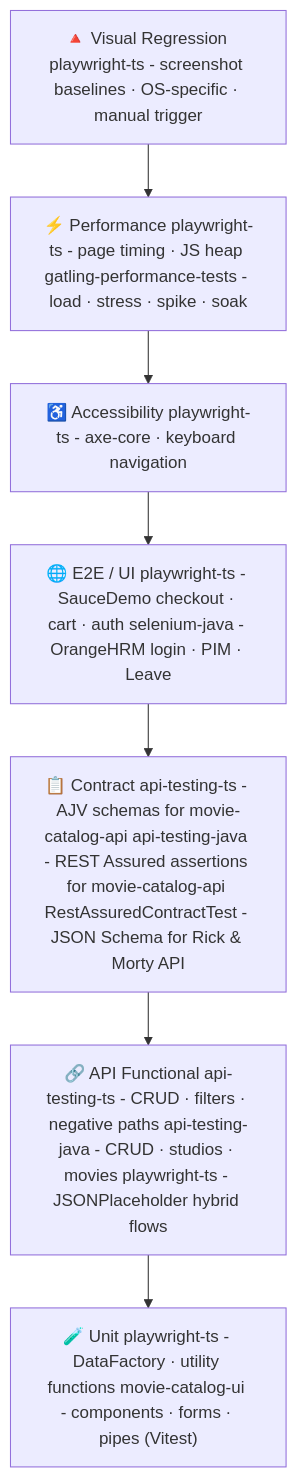
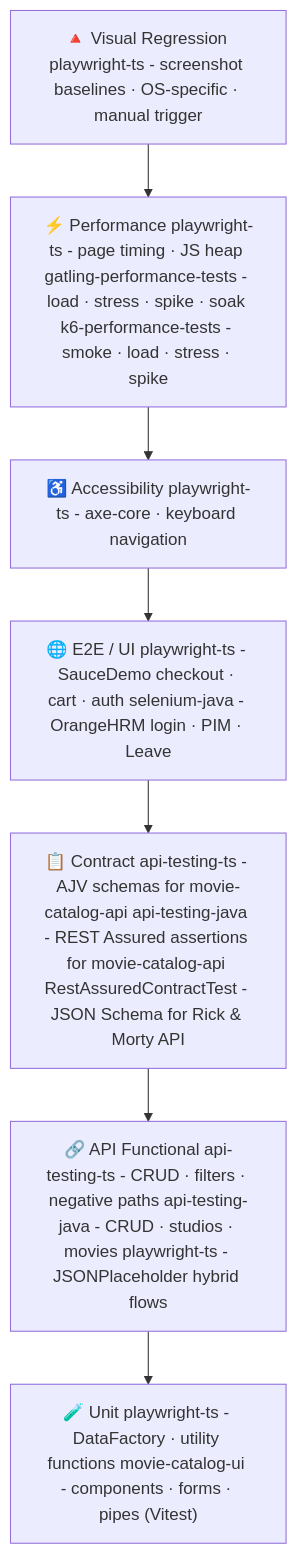
One commit to EnesAkyel/test-strategy changed the diagram in README.md. Above: the diagram before and after it, drawn with Mermaid. The commit also changed other lines of this file and 3 other files, not shown here.

Commit message:
add k6 performance tests project

````diff
--- a/README.md
+++ b/README.md
@@ -33,12 +34,12 @@
 ```mermaid
 flowchart TD
     V["🔺 Visual Regression playwright-ts - screenshot baselines · OS-specific · manual trigger"]
-    P["⚡ Performance playwright-ts - page timing · JS heap gatling-performance-tests - load · stress · spike · soak"]
+    P["⚡ Performance playwright-ts - page timing · JS heap gatling-performance-tests - load · stress · spike · soak k6-performance-tests - smoke · load · stress · spike"]
     A["♿ Accessibility playwright-ts - axe-core · keyboard navigation"]
     E["🌐 E2E / UI playwright-ts - SauceDemo checkout · cart · auth selenium-java - OrangeHRM login · PIM · Leave"]
     C["📋 Contract api-testing-ts - AJV schemas for movie-catalog-api api-testing-java - REST Assured assertions for movie-catalog-api RestAssuredContractTest - JSON Schema for Rick & Morty API"]
     F["🔗 API Functional api-testing-ts - CRUD · filters · negative paths api-testing-java - CRUD · studios · movies playwright-ts - JSONPlaceholder hybrid flows"]
     U["🧪 Unit playwright-ts - DataFactory · utility functions movie-catalog-ui - components · forms · pipes (Vitest)"]
 
     V --> P --> A --> E --> C --> F --> U
 ```
````
